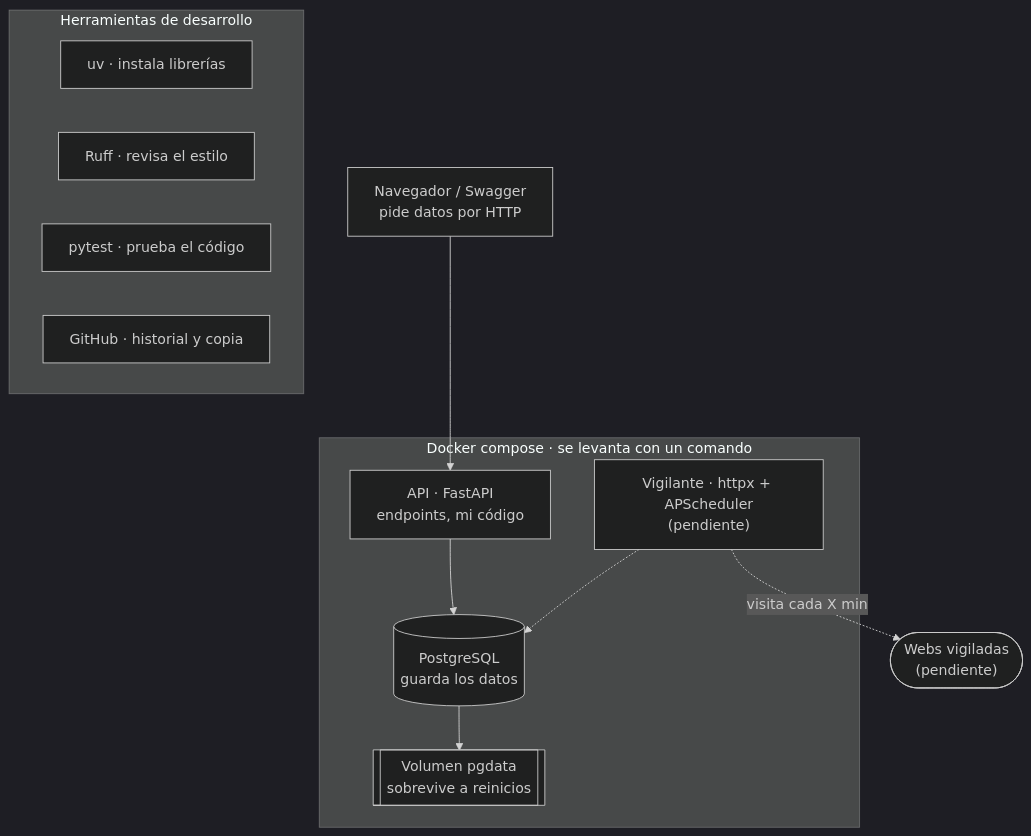
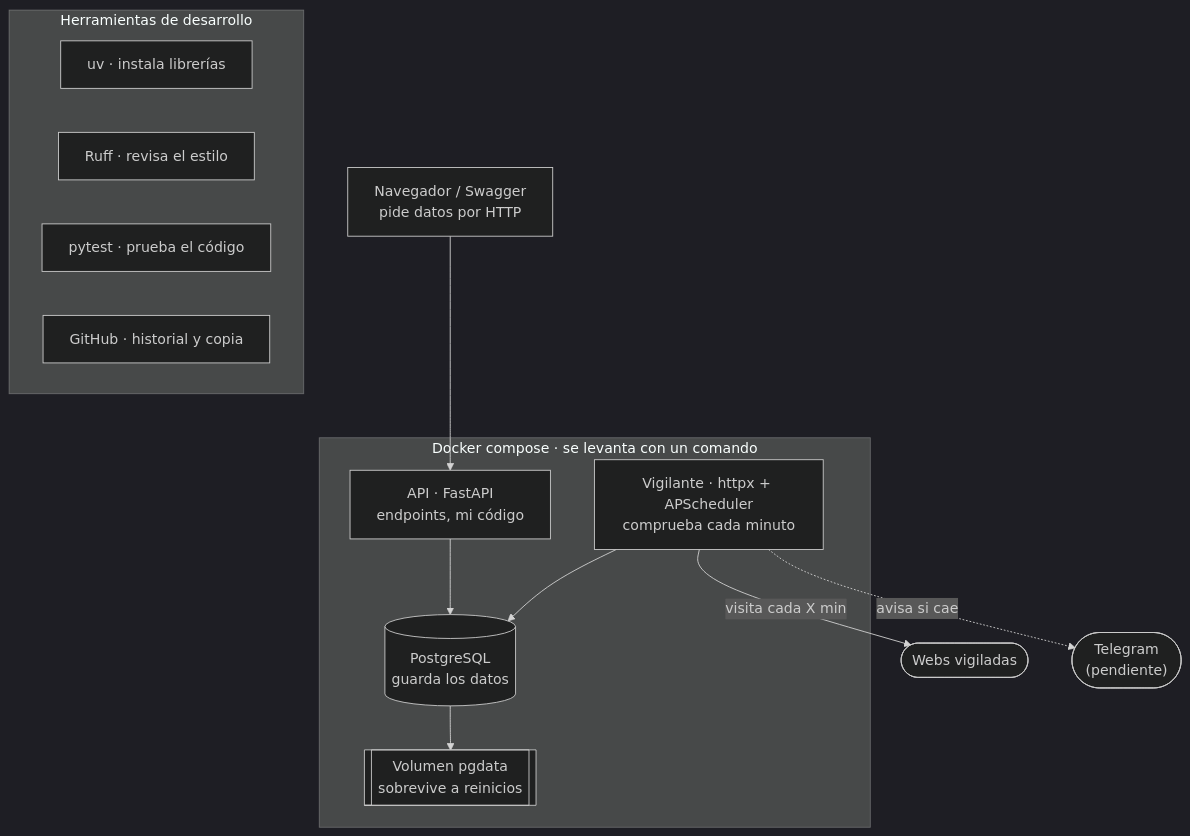
Before and after one commit to zellorz/service-monitor: the diagram in docs/devlog.md, drawn with Mermaid (dark theme). The commit also changed other lines of this file, not shown here.

````diff
--- a/docs/devlog.md
+++ b/docs/devlog.md
@@ -13,25 +13,27 @@
 ```mermaid
 flowchart TB
     browser["Navegador / Swagger<br/>pide datos por HTTP"]
 
     subgraph compose["Docker compose · se levanta con un comando"]
         api["API · FastAPI<br/>endpoints, mi código"]
-        checker["Vigilante · httpx + APScheduler<br/>(pendiente)"]
+        checker["Vigilante · httpx + APScheduler<br/>comprueba cada minuto"]
         db[("PostgreSQL<br/>guarda los datos")]
         vol[["Volumen pgdata<br/>sobrevive a reinicios"]]
         api --> db
-        checker -.-> db
+        checker --> db
         db --> vol
     end
 
-    web(["Webs vigiladas<br/>(pendiente)"])
+    web(["Webs vigiladas"])
+    tg(["Telegram<br/>(pendiente)"])
     browser --> api
-    checker -. visita cada X min .-> web
+    checker -- visita cada X min --> web
+    checker -. avisa si cae .-> tg
 
     subgraph tools["Herramientas de desarrollo"]
         uv["uv · instala librerías"]
         ruff["Ruff · revisa el estilo"]
         pytest["pytest · prueba el código"]
         gh["GitHub · historial y copia"]
     end
 ```
````
